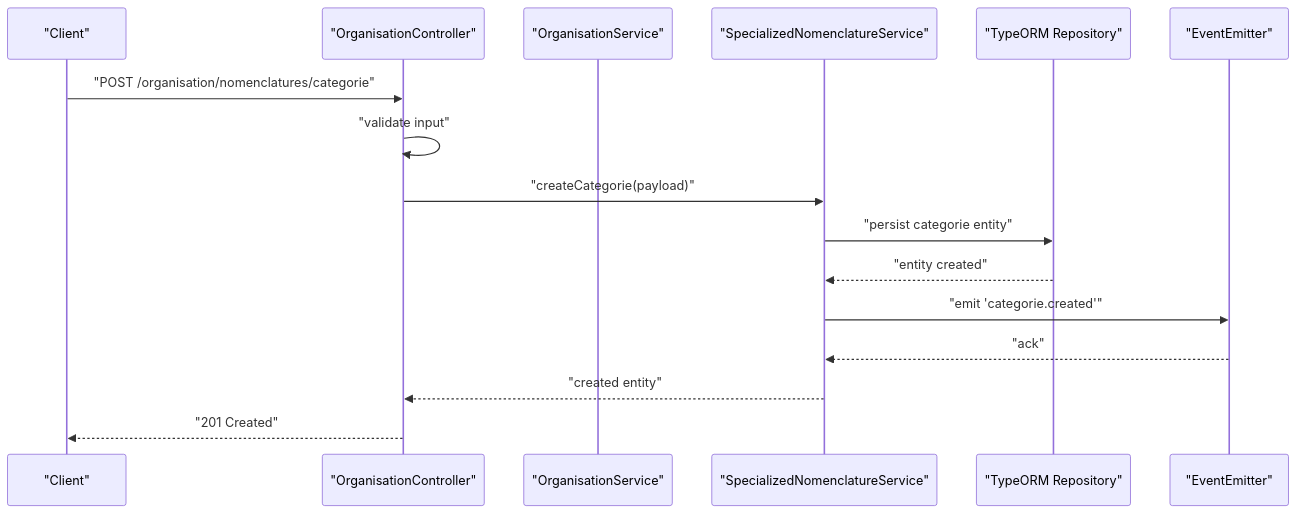
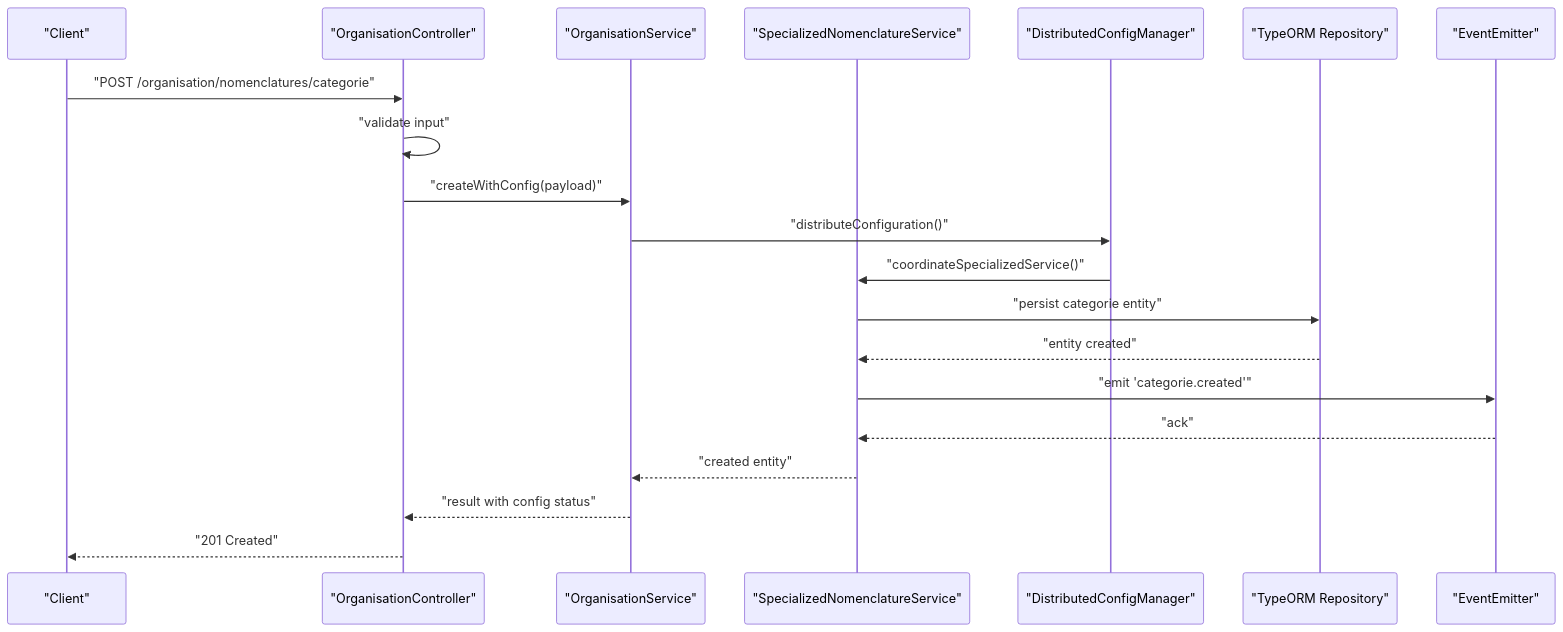
One commit to franckylab/eLISAschool changed the fifth of 19 diagrams in .qoder/repowiki/en/content/System Architecture/Backend Architecture/Backend Architecture.md. Above: the diagram before and after it, drawn with Mermaid. The commit also changed other lines of this file and 262 other files, not shown here.

First line of the commit message:
refactor(architecture): améliorer gestion distribuée de la configuration et délégation contrôleur

````diff
--- a/.qoder/repowiki/en/content/System Architecture/Backend Architecture/Backend Architecture.md
+++ b/.qoder/repowiki/en/content/System Architecture/Backend Architecture/Backend Architecture.md
@@ -240,18 +344,22 @@
 ```mermaid
 sequenceDiagram
 participant Client as "Client"
 participant Controller as "OrganisationController"
 participant OrgService as "OrganisationService"
 participant NomenclatureSvc as "SpecializedNomenclatureService"
+participant ConfigMgr as "DistributedConfigManager"
 participant DB as "TypeORM Repository"
 participant Events as "EventEmitter"
 Client->>Controller : "POST /organisation/nomenclatures/categorie"
 Controller->>Controller : "validate input"
-Controller->>NomenclatureSvc : "createCategorie(payload)"
+Controller->>OrgService : "createWithConfig(payload)"
+OrgService->>ConfigMgr : "distributeConfiguration()"
+ConfigMgr->>NomenclatureSvc : "coordinateSpecializedService()"
 NomenclatureSvc->>DB : "persist categorie entity"
 DB-->>NomenclatureSvc : "entity created"
 NomenclatureSvc->>Events : "emit 'categorie.created'"
 Events-->>NomenclatureSvc : "ack"
-NomenclatureSvc-->>Controller : "created entity"
+NomenclatureSvc-->>OrgService : "created entity"
+OrgService-->>Controller : "result with config status"
 Controller-->>Client : "201 Created"
 ```
````
